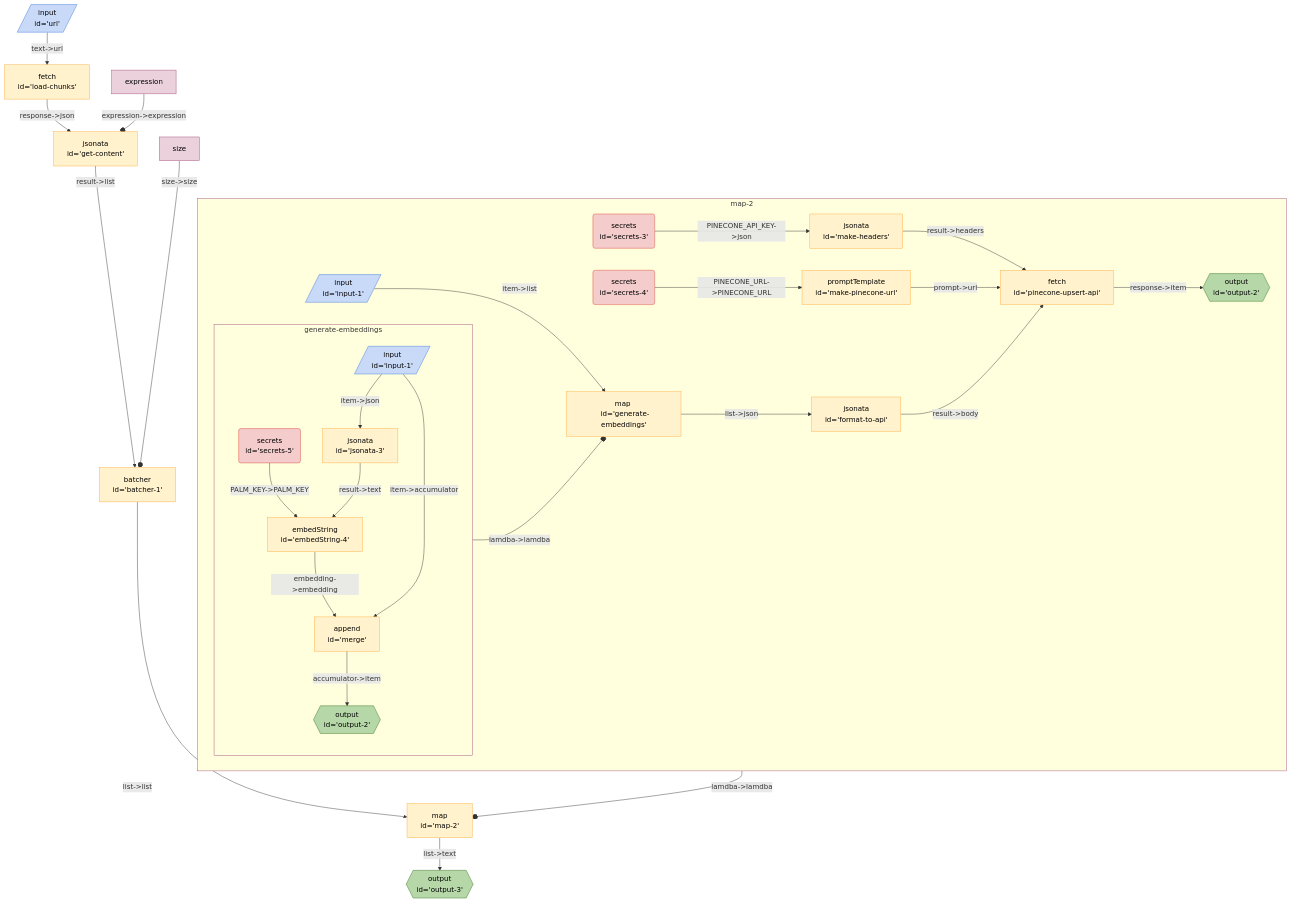
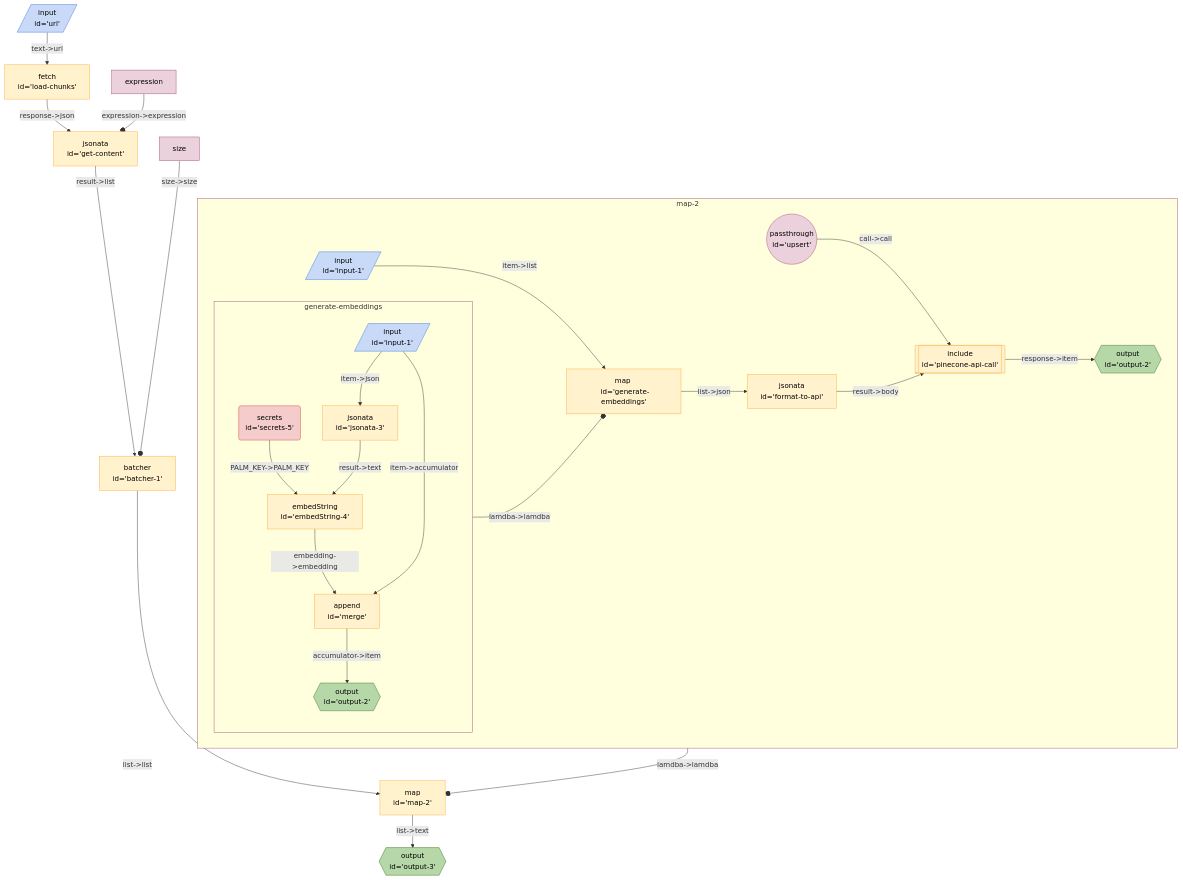
Before and after one commit to breadboard-ai/breadboard: the diagram in seeds/graph-playground/docs/graphs/pinecone-load.md, drawn with Mermaid. The commit also changed 2 other files, not shown here.

Commit message:
[graph-playground] Switch `pinecone-load` to use `pinecone-vector-api`.

````diff
--- a/seeds/graph-playground/docs/graphs/pinecone-load.md
+++ b/seeds/graph-playground/docs/graphs/pinecone-load.md
@@ -5,52 +5,45 @@
   ```mermaid
   %%{init: 'themeVariables': { 'fontFamily': 'Fira Code, monospace' }}%%
 graph TD;
 map2["map <br> id='map-2'"] -- "list->text" --> output3{{"output <br> id='output-3'"}}:::output
 subgraph sg_map2 [map-2]
-map2_secrets3("secrets <br> id='secrets-3'"):::secrets -- "PINECONE_API_KEY->json" --> map2_makeheaders["jsonata <br> id='make-headers'"]
-map2_makeheaders["jsonata <br> id='make-headers'"] -- "result->headers" --> map2_pineconeupsertapi["fetch <br> id='pinecone-upsert-api'"]
-map2_secrets4("secrets <br> id='secrets-4'"):::secrets -- "PINECONE_URL->PINECONE_URL" --> map2_makepineconeurl["promptTemplate <br> id='make-pinecone-url'"]
-map2_makepineconeurl["promptTemplate <br> id='make-pinecone-url'"] -- "prompt->url" --> map2_pineconeupsertapi["fetch <br> id='pinecone-upsert-api'"]
-map2_pineconeupsertapi["fetch <br> id='pinecone-upsert-api'"] -- "response->item" --> map2_output2{{"output <br> id='output-2'"}}:::output
-map2_formattoapi["jsonata <br> id='format-to-api'"] -- "result->body" --> map2_pineconeupsertapi["fetch <br> id='pinecone-upsert-api'"]
+map2_upsert(("passthrough <br> id='upsert'")):::passthrough -- "call->call" --> map2_pineconeapicall[["include <br> id='pinecone-api-call'"]]:::include
+map2_pineconeapicall[["include <br> id='pinecone-api-call'"]]:::include -- "response->item" --> map2_output2{{"output <br> id='output-2'"}}:::output
+map2_formattoapi["jsonata <br> id='format-to-api'"] -- "result->body" --> map2_pineconeapicall[["include <br> id='pinecone-api-call'"]]:::include
 map2_generateembeddings["map <br> id='generate-embeddings'"] -- "list->json" --> map2_formattoapi["jsonata <br> id='format-to-api'"]
 subgraph sg_generateembeddings [generate-embeddings]
 map2_generateembeddings_embedString4["embedString <br> id='embedString-4'"] -- "embedding->embedding" --> map2_generateembeddings_merge["append <br> id='merge'"]
 map2_generateembeddings_secrets5("secrets <br> id='secrets-5'"):::secrets -- "PALM_KEY->PALM_KEY" --> map2_generateembeddings_embedString4["embedString <br> id='embedString-4'"]
 map2_generateembeddings_jsonata3["jsonata <br> id='jsonata-3'"] -- "result->text" --> map2_generateembeddings_embedString4["embedString <br> id='embedString-4'"]
 map2_generateembeddings_input1[/"input <br> id='input-1'"/]:::input -- "item->json" --> map2_generateembeddings_jsonata3["jsonata <br> id='jsonata-3'"]
 map2_generateembeddings_merge["append <br> id='merge'"] -- "accumulator->item" --> map2_generateembeddings_output2{{"output <br> id='output-2'"}}:::output
 map2_generateembeddings_input1[/"input <br> id='input-1'"/]:::input -- "item->accumulator" --> map2_generateembeddings_merge["append <br> id='merge'"]
 
 
 end
 sg_generateembeddings:::slotted -- "lamdba->lamdba" --o map2_generateembeddings
 
 map2_input1[/"input <br> id='input-1'"/]:::input -- "item->list" --> map2_generateembeddings["map <br> id='generate-embeddings'"]
-
-
-
-
 
 
 
 
 end
 sg_map2:::slotted -- "lamdba->lamdba" --o map2
 
 batcher1["batcher <br> id='batcher-1'"] -- "list->list" --> map2["map <br> id='map-2'"]
 getcontent["jsonata <br> id='get-content'"] -- "result->list" --> batcher1["batcher <br> id='batcher-1'"]
 loadchunks["fetch <br> id='load-chunks'"] -- "response->json" --> getcontent["jsonata <br> id='get-content'"]
 url[/"input <br> id='url'"/]:::input -- "text->url" --> loadchunks["fetch <br> id='load-chunks'"]
 expressiongetcontent[expression]:::config -- "expression->expression" --o getcontent
 sizebatcher1[size]:::config -- "size->size" --o batcher1
 
 classDef default stroke:#ffab40,fill:#fff2ccff,color:#000
 classDef input stroke:#3c78d8,fill:#c9daf8ff,color:#000
 classDef output stroke:#38761d,fill:#b6d7a8ff,color:#000
 classDef passthrough stroke:#a64d79,fill:#ead1dcff,color:#000
 classDef slot stroke:#a64d79,fill:#ead1dcff,color:#000
 classDef config stroke:#a64d79,fill:#ead1dcff,color:#000
 classDef secrets stroke:#db4437,fill:#f4cccc,color:#000
 classDef slotted stroke:#a64d79
   ```
````
